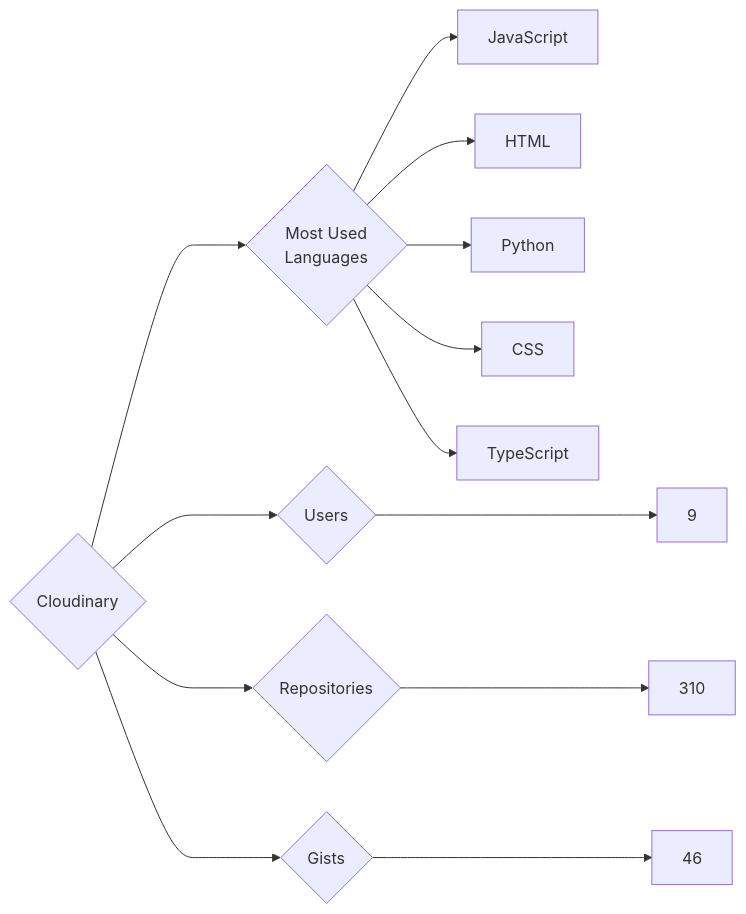
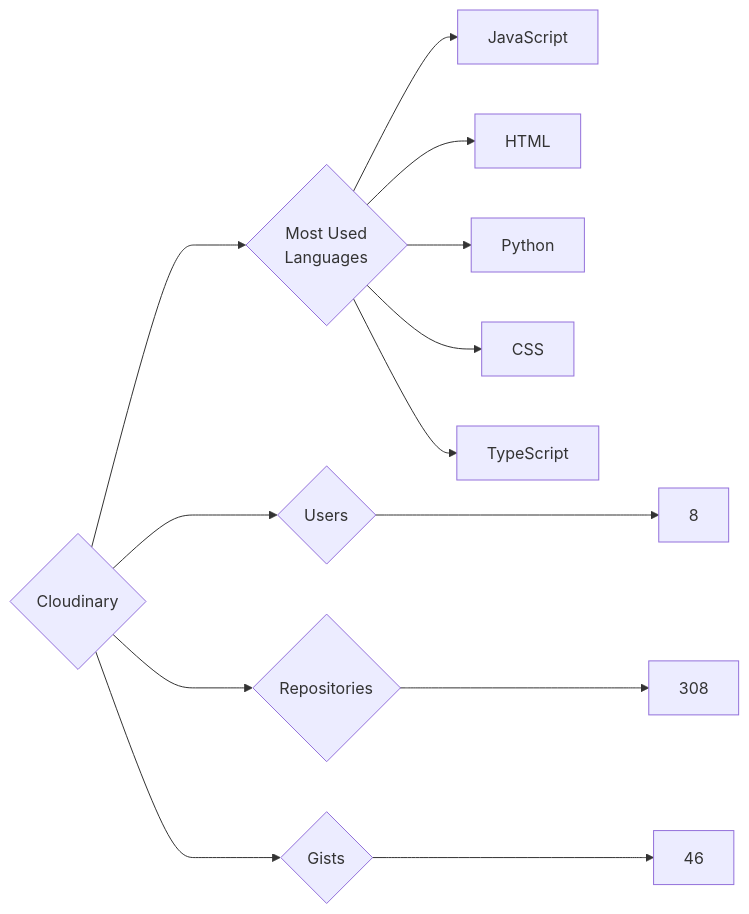
The diagram in targets/Cloudinary/README.md (trickest/insiders), drawn with Mermaid before and after one commit. The commit also changed 912 other files, not shown here.

````diff
--- a/targets/Cloudinary/README.md
+++ b/targets/Cloudinary/README.md
@@ -3,13 +3,13 @@
 ```mermaid
 graph LR
 COMPANY_NAME{Cloudinary}
-COMPANY_NAME ---> U{Users} ---> UN[9]
-COMPANY_NAME ---> R{Repositories} ---> RN[310]
+COMPANY_NAME ---> U{Users} ---> UN[8]
+COMPANY_NAME ---> R{Repositories} ---> RN[308]
 COMPANY_NAME ---> G{Gists} ---> GN[46]
 COMPANY_NAME ---> ML{Most Used<br>Languages}
 ML --> JavaScript[JavaScript]
 ML --> HTML[HTML]
 ML --> Python[Python]
 ML --> CSS[CSS]
 ML --> TypeScript[TypeScript]
 ```
````
